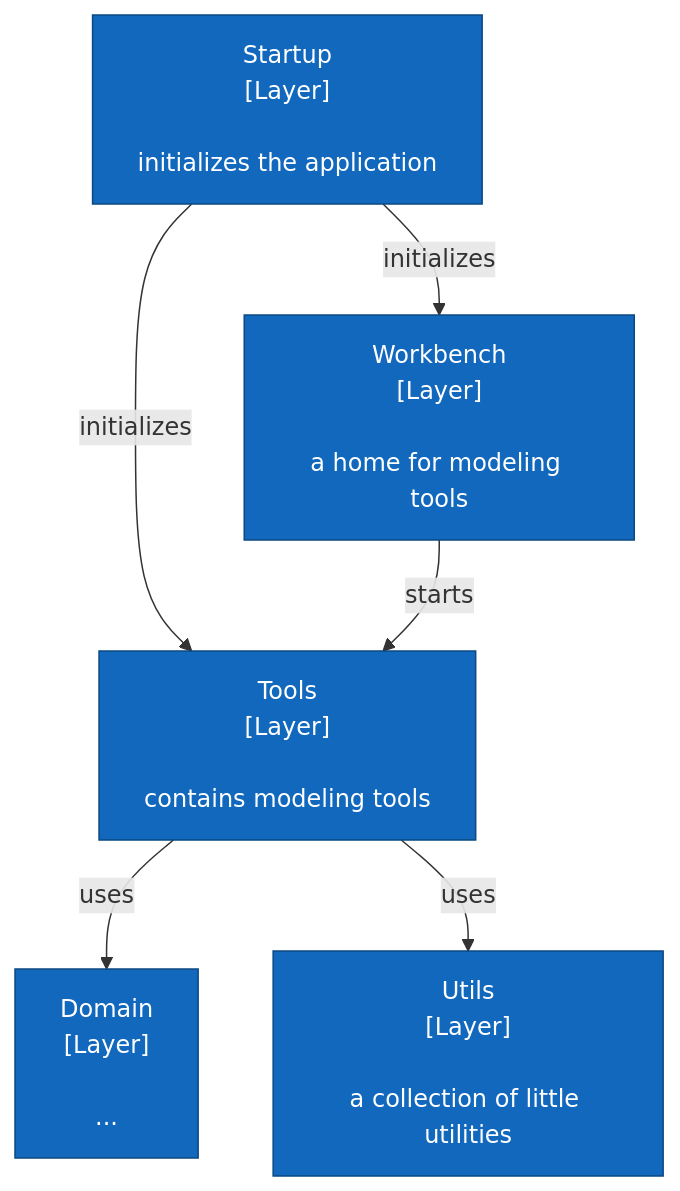
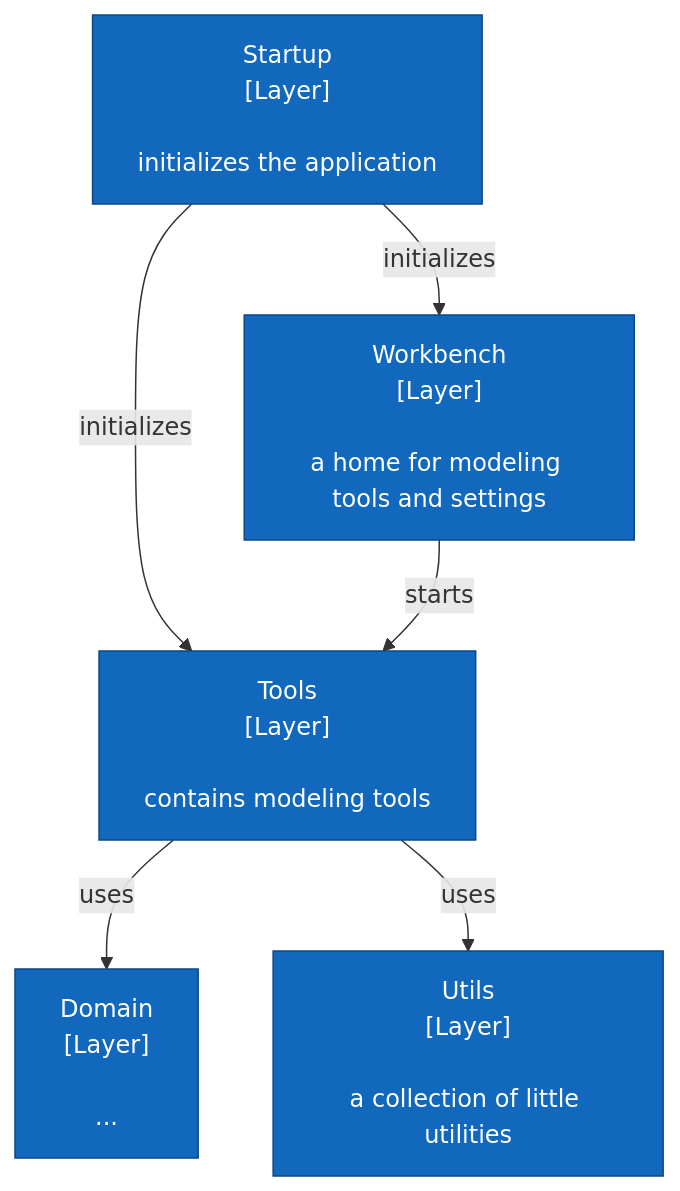
The third of 5 diagrams in architecture.md (WPS/egon.io), drawn with Mermaid before and after one commit. The commit also changed other lines of this file, not shown here.

````diff
--- a/architecture.md
+++ b/architecture.md
@@ -148,48 +150,48 @@
 ```mermaid
 
 flowchart TD
 
 Startup["Startup
 [Layer]
 
 initializes the application
 "]
 
 Workbench["Workbench
 [Layer]
 
-a home for modeling tools
+a home for modeling tools and settings
 "]
 
 Tools["Tools
 [Layer]
 
 contains modeling tools
 "]
 
 Domain["Domain
 [Layer]
 
 ...
 "]
 
 Utils["Utils
 [Layer]
 
 a collection of little utilities
 "]
 
 classDef layer fill:#1168bd,stroke:#0b4884,color:#ffffff
 
 class Startup layer
 class Workbench layer
 class Tools layer
 class Domain layer
 class Utils layer
 
 Startup-- "initializes" -->Workbench
 Startup-- "initializes" -->Tools
 Workbench-- "starts" -->Tools
 Tools-- "uses" -->Domain
 Tools-- "uses" -->Utils
 ```
````
